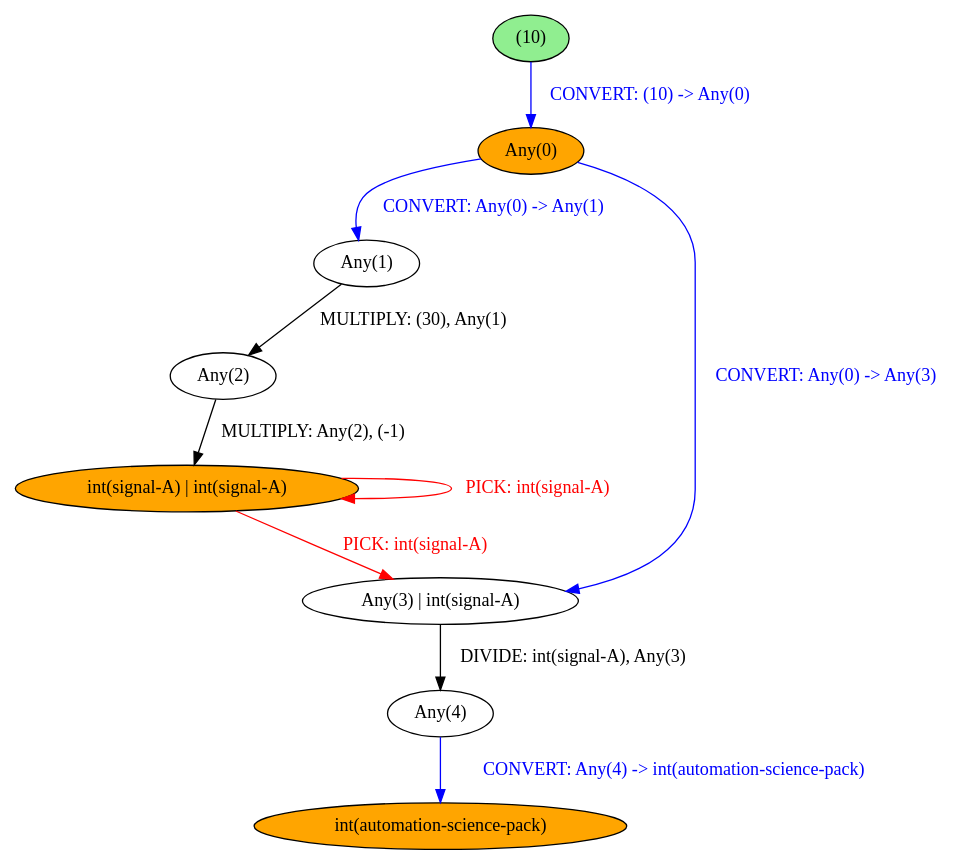
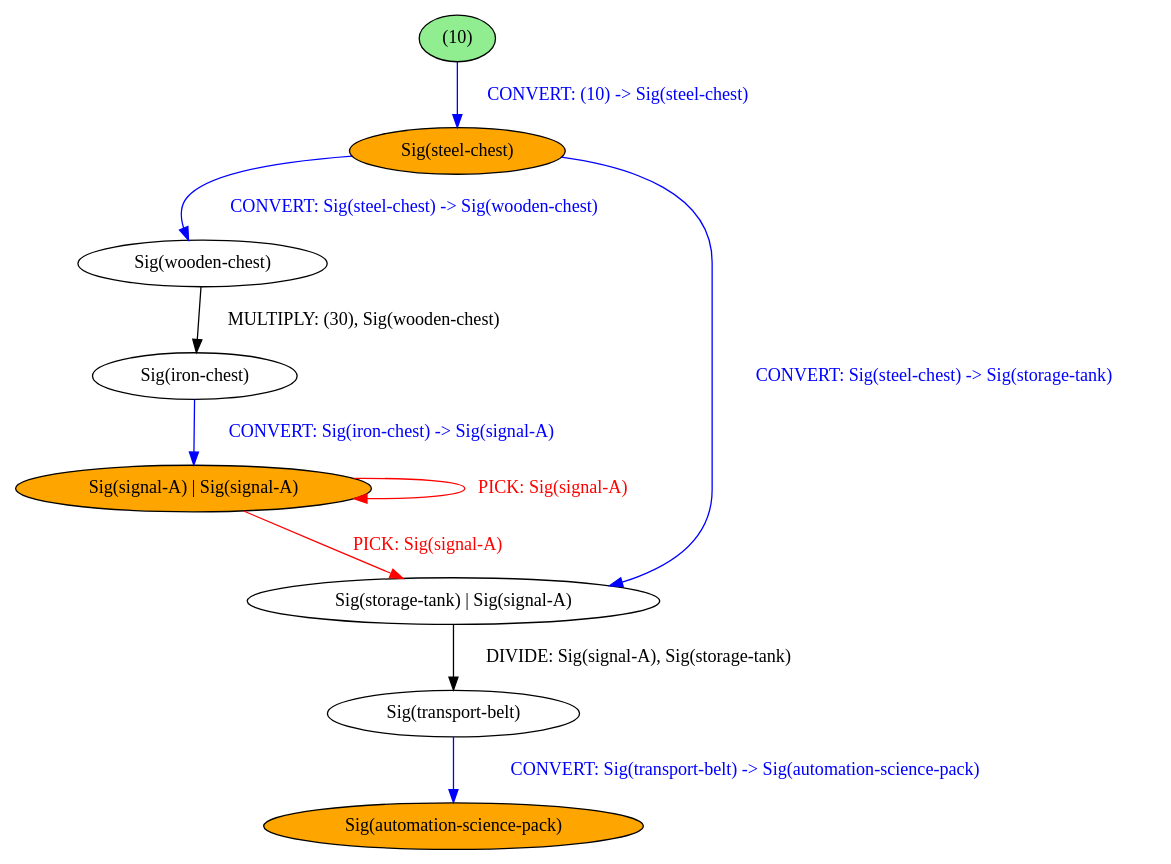
The diagram in chef/example_outputs/var_variables.dot (BalderHolst/chef), drawn with Graphviz before and after one commit. The commit also changed other lines of this file and 15 other files, not shown here.

```diff
--- a/chef/example_outputs/var_variables.dot
+++ b/chef/example_outputs/var_variables.dot
@@ -1,20 +1,20 @@
 strict digraph {
 	nodesep=1
-	5	[style=filled fillcolor=white label="Any(1)"]
-	6	[style=filled fillcolor=white label="Any(2)"]
-	1	[style=filled fillcolor=orange label="Any(0)"]
+	5	[style=filled fillcolor=white label="Sig(wooden-chest)"]
+	6	[style=filled fillcolor=white label="Sig(iron-chest)"]
+	1	[style=filled fillcolor=orange label="Sig(steel-chest)"]
 	0	[style=filled fillcolor=lightgreen label="(10)"]
-	2	[style=filled fillcolor=orange label="int(signal-A) | int(signal-A)"]
-	9	[style=filled fillcolor=white label="Any(3) | int(signal-A)"]
-	11	[style=filled fillcolor=orange label="int(automation-science-pack)"]
-	10	[style=filled fillcolor=white label="Any(4)"]
-	5 -> 6	[label="MULTIPLY: (30), Any(1)" color=black fontcolor=black]
-	6 -> 2	[label="MULTIPLY: Any(2), (-1)" color=black fontcolor=black]
-	1 -> 5	[label="CONVERT: Any(0) -> Any(1)" color=blue fontcolor=blue]
-	1 -> 9	[label="CONVERT: Any(0) -> Any(3)" color=blue fontcolor=blue]
-	0 -> 1	[label="CONVERT: (10) -> Any(0)" color=blue fontcolor=blue]
-	2 -> 2	[label="PICK: int(signal-A)" color=red fontcolor=red]
-	2 -> 9	[label="PICK: int(signal-A)" color=red fontcolor=red]
-	9 -> 10	[label="DIVIDE: int(signal-A), Any(3)" color=black fontcolor=black]
-	10 -> 11	[label="CONVERT: Any(4) -> int(automation-science-pack)" color=blue fontcolor=blue]
+	2	[style=filled fillcolor=orange label="Sig(signal-A) | Sig(signal-A)"]
+	9	[style=filled fillcolor=white label="Sig(storage-tank) | Sig(signal-A)"]
+	11	[style=filled fillcolor=orange label="Sig(automation-science-pack)"]
+	10	[style=filled fillcolor=white label="Sig(transport-belt)"]
+	5 -> 6	[label="MULTIPLY: (30), Sig(wooden-chest)" color=black fontcolor=black]
+	6 -> 2	[label="CONVERT: Sig(iron-chest) -> Sig(signal-A)" color=blue fontcolor=blue]
+	1 -> 5	[label="CONVERT: Sig(steel-chest) -> Sig(wooden-chest)" color=blue fontcolor=blue]
+	1 -> 9	[label="CONVERT: Sig(steel-chest) -> Sig(storage-tank)" color=blue fontcolor=blue]
+	0 -> 1	[label="CONVERT: (10) -> Sig(steel-chest)" color=blue fontcolor=blue]
+	2 -> 2	[label="PICK: Sig(signal-A)" color=red fontcolor=red]
+	2 -> 9	[label="PICK: Sig(signal-A)" color=red fontcolor=red]
+	9 -> 10	[label="DIVIDE: Sig(signal-A), Sig(storage-tank)" color=black fontcolor=black]
+	10 -> 11	[label="CONVERT: Sig(transport-belt) -> Sig(automation-science-pack)" color=blue fontcolor=blue]
 }
```
